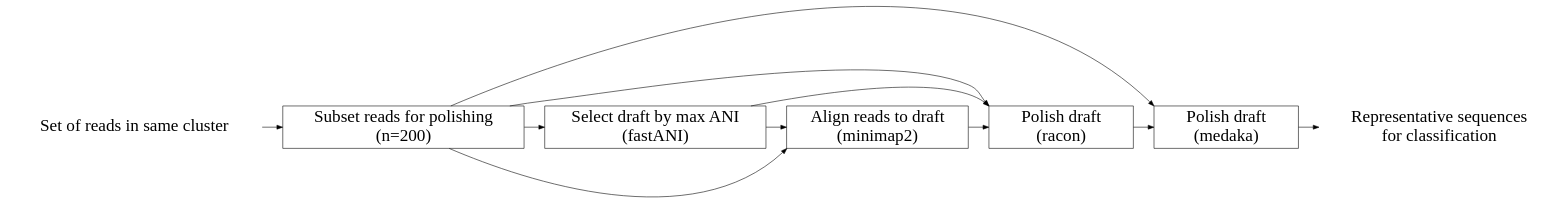
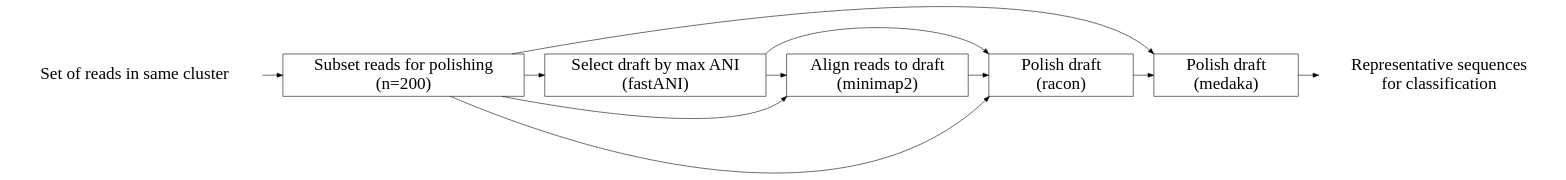
One commit to aringeri/long-read-ITS-metabarcoding-thesis changed the third of 3 diagrams in reports/masters/thesis/05-Methods.Rmd. Above: the diagram before and after it, drawn with Graphviz. The commit also changed other lines of this file and 14 other files, not shown here.

````diff
--- a/reports/masters/thesis/05-Methods.Rmd
+++ b/reports/masters/thesis/05-Methods.Rmd
@@ -254,29 +257,29 @@
 ```{dot}
 //| fig-width: 6.5
 //| fig-height: 1
 digraph {
   graph [layout = dot, rankdir = LR, fontsize="50"]
 
   node [shape = rectangle, peripheries=1, fontsize="30", width=3.5]
 
   subset [ label = "Subset reads for polishing\n(n=200)" ]
   subgraph {
   fastANI [ label = "Select draft by max ANI\n(fastANI)" ]
   minimap [ label = "Align reads to draft\n(minimap2)"]
   racon [  label = "Polish draft\n(racon)" ]
   medaka [ label = "Polish draft\n(medaka)" ]
   }
 
   node [shape = plaintext, peripheries=0]
   reads [label = "Set of reads in same cluster"]
   reps [label = "Representative sequences\nfor classification" ]
 
   # edge definitions with the node IDs
   edge [ fontsize = "20"]
   reads -> subset -> fastANI -> minimap -> racon -> medaka -> reps [ weight = 10 ]
-  subset -> racon:nw
+  subset -> racon:sw
   subset -> medaka:nw
   subset -> minimap:sw
-  fastANI -> racon:nw
+  fastANI:ne -> racon:nw
 }
 ```
````
